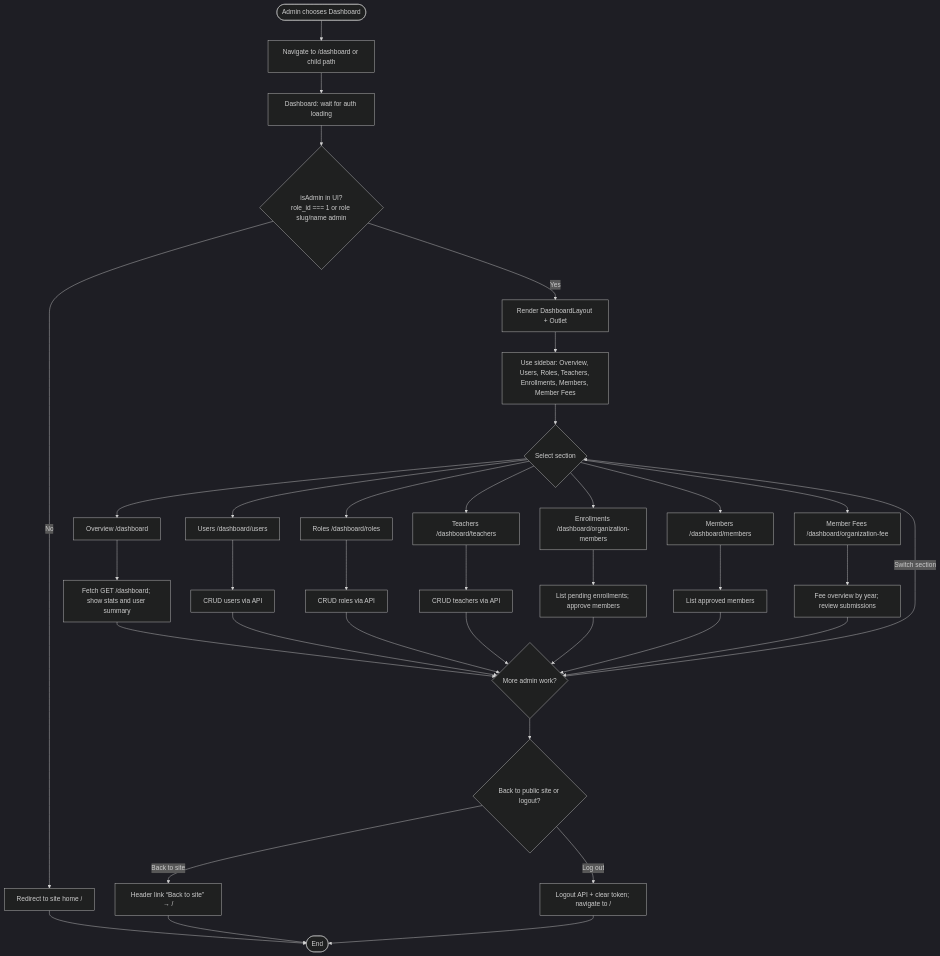
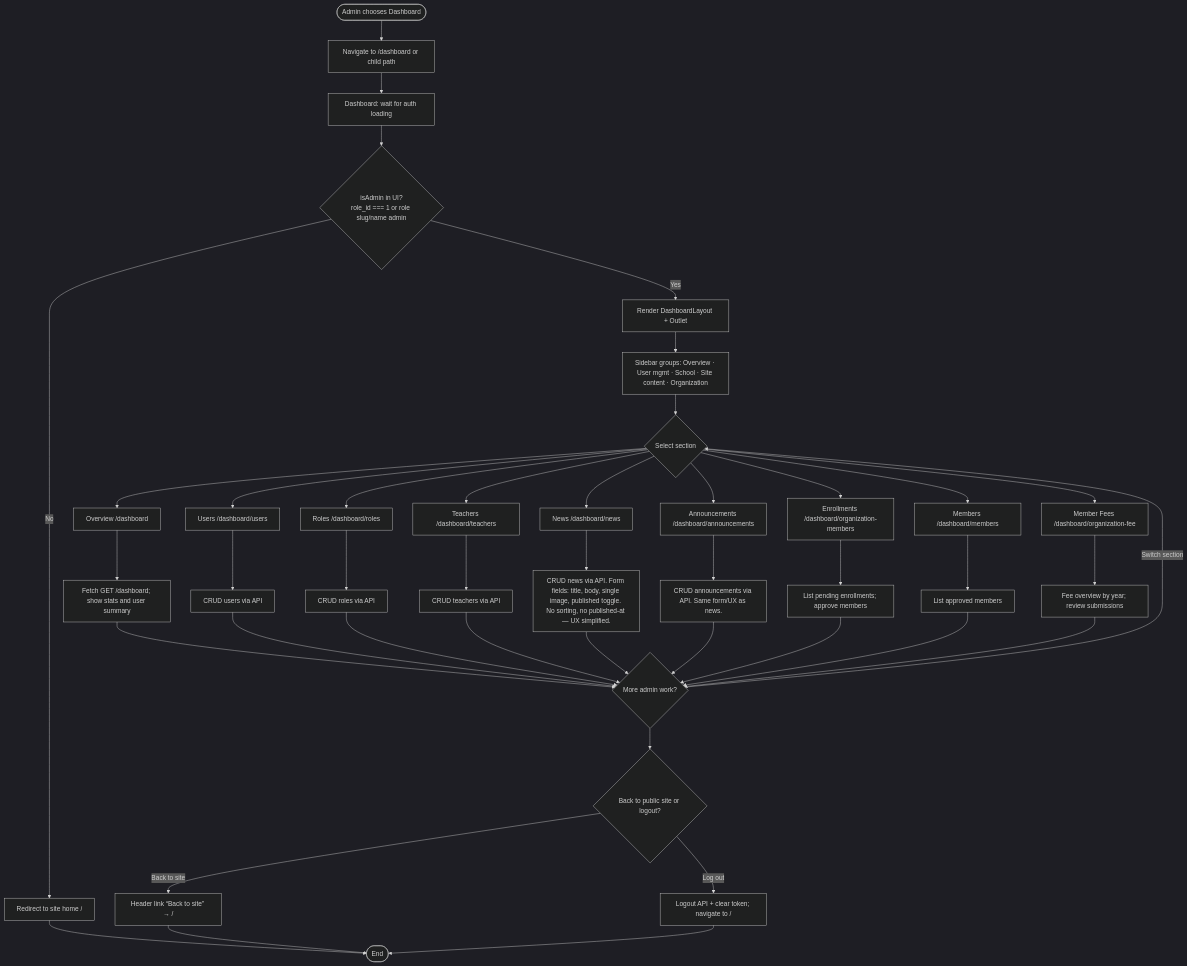
The seventh of 7 diagrams in documents/ACTIVITY_DIAGRAMS.md (ThawHtooZin/behs3bahanapi), drawn with Mermaid (dark theme) before and after one commit. The commit also changed other lines of this file and 10 other files, not shown here.

First line of the commit message:
Add News and Announcements feature

````diff
--- a/documents/ACTIVITY_DIAGRAMS.md
+++ b/documents/ACTIVITY_DIAGRAMS.md
@@ -263,44 +301,50 @@
 ```mermaid
 flowchart TB
   DStart([Admin chooses Dashboard]) --> DNav[Navigate to /dashboard or child path]
   DNav --> DLoad[Dashboard: wait for auth loading]
   DLoad --> IsAdmin{isAdmin in UI?\nrole_id === 1 or role slug/name admin}
   IsAdmin -->|No| Kick[Redirect to site home /]
   Kick --> DEnd([End])
   IsAdmin -->|Yes| Layout[Render DashboardLayout + Outlet]
 
-  Layout --> Sidebar[Use sidebar: Overview, Users, Roles, Teachers, Enrollments, Members, Member Fees]
+  Layout --> Sidebar[Sidebar groups: Overview · User mgmt · School · Site content · Organization]
   Sidebar --> Pick{Select section}
 
   Pick --> OV[Overview /dashboard]
   Pick --> US[Users /dashboard/users]
   Pick --> RO[Roles /dashboard/roles]
   Pick --> TE[Teachers /dashboard/teachers]
+  Pick --> NW[News /dashboard/news]
+  Pick --> AN[Announcements /dashboard/announcements]
   Pick --> EN[Enrollments /dashboard/organization-members]
   Pick --> ME[Members /dashboard/members]
   Pick --> FE[Member Fees /dashboard/organization-fee]
 
   OV --> OVAct[Fetch GET /dashboard; show stats and user summary]
   US --> USAct[CRUD users via API]
   RO --> ROAct[CRUD roles via API]
   TE --> TEAct[CRUD teachers via API]
+  NW --> NWAct[CRUD news via API. Form fields: title, body, single image, published toggle. No sorting, no published-at — UX simplified.]
+  AN --> ANAct[CRUD announcements via API. Same form/UX as news.]
   EN --> ENAct[List pending enrollments; approve members]
   ME --> MEAct[List approved members]
   FE --> FEAct[Fee overview by year; review submissions]
 
   OVAct --> Loop{More admin work?}
   USAct --> Loop
   ROAct --> Loop
   TEAct --> Loop
+  NWAct --> Loop
+  ANAct --> Loop
   ENAct --> Loop
   MEAct --> Loop
   FEAct --> Loop
 
   Loop -->|Switch section| Pick
   Loop --> Back{Back to public site or logout?}
 
   Back -->|Back to site| Link[Header link “Back to site” → /]
   Back -->|Log out| Logout[Logout API + clear token; navigate to /]
   Link --> DEnd
   Logout --> DEnd
 ```
````
